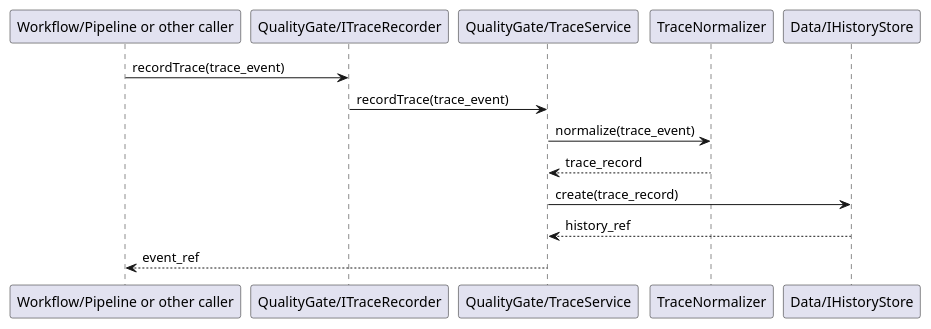
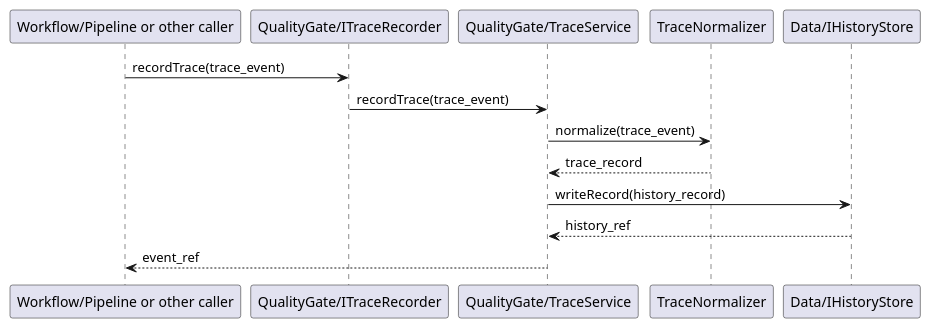
Before and after one commit to lucky-chen/ai_workflow_travel: the second of 2 diagrams in meta_layer/docs/design_docs/QualityGate/Trace.md, drawn with PlantUML. The commit also changed other lines of this file and 18 other files, not shown here.

````diff
--- a/meta_layer/docs/design_docs/QualityGate/Trace.md
+++ b/meta_layer/docs/design_docs/QualityGate/Trace.md
@@ -114,17 +110,17 @@
 ```plantuml
 @startuml
 participant Caller as "Workflow/Pipeline or other caller"
 participant ITraceRecorder as "QualityGate/ITraceRecorder"
 participant TraceService as "QualityGate/TraceService"
 participant TraceNormalizer
 participant IHistoryStore as "Data/IHistoryStore"
 
 Caller -> ITraceRecorder: recordTrace(trace_event)
 ITraceRecorder -> TraceService: recordTrace(trace_event)
 TraceService -> TraceNormalizer: normalize(trace_event)
 TraceNormalizer --> TraceService: trace_record
-TraceService -> IHistoryStore: create(trace_record)
+TraceService -> IHistoryStore: writeRecord(history_record)
 IHistoryStore --> TraceService: history_ref
 TraceService --> Caller: event_ref
 @enduml
 ```
````
